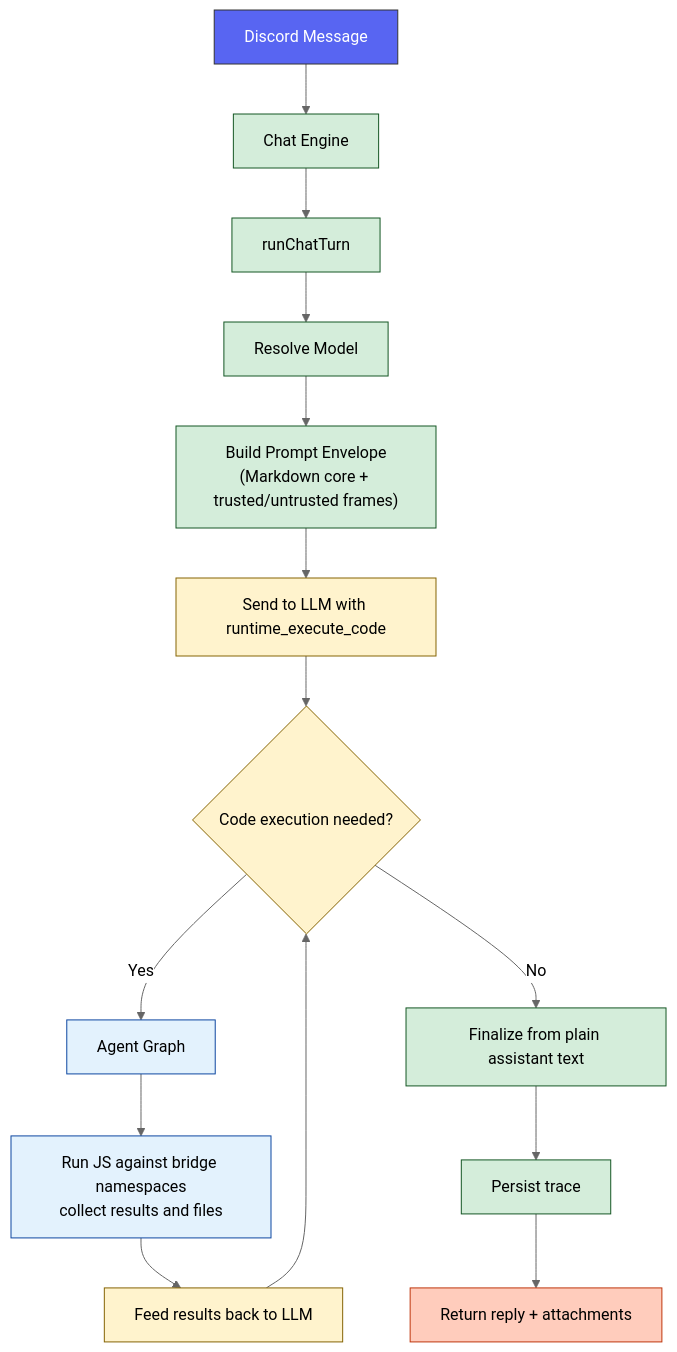
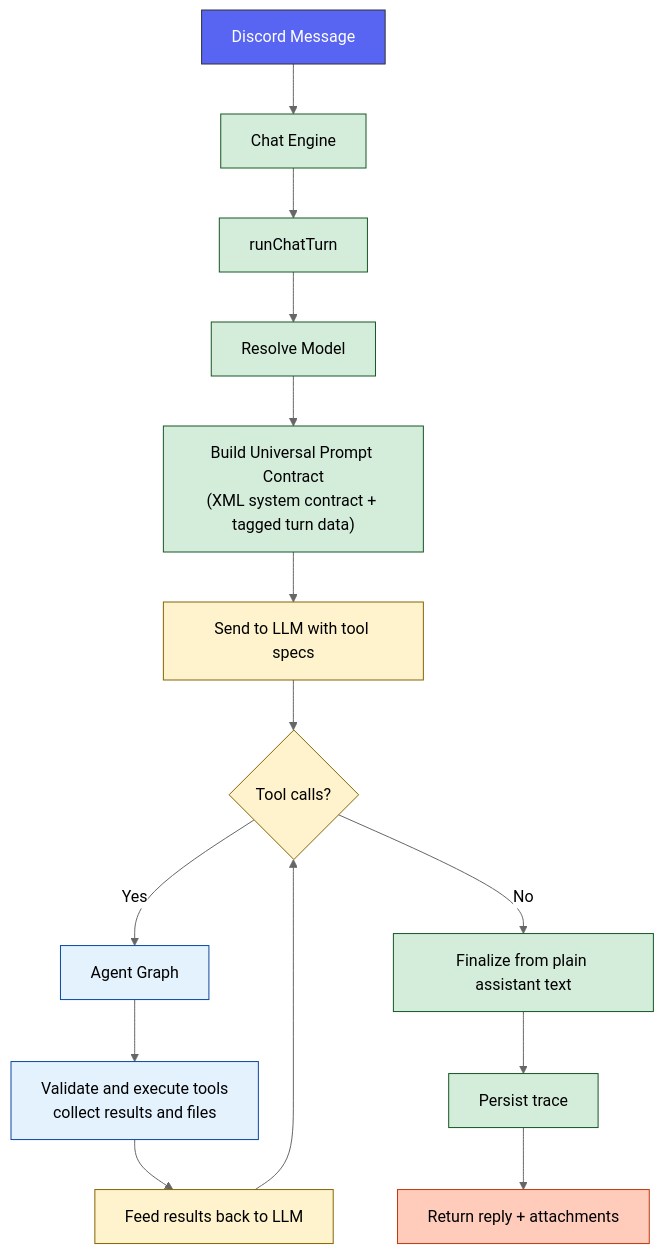
The first of 2 diagrams in docs/architecture/PIPELINE.md (BokX1/Sage), drawn with Mermaid (neutral theme) before and after one commit. The commit also changed other lines of this file and 218 other files, not shown here.

````diff
--- a/docs/architecture/PIPELINE.md
+++ b/docs/architecture/PIPELINE.md
@@ -29,24 +29,24 @@
 ```mermaid
 flowchart TD
     classDef discord fill:#5865f2,stroke:#333,color:white
     classDef runtime fill:#d4edda,stroke:#155724,color:black
     classDef llm fill:#fff3cd,stroke:#856404,color:black
     classDef tools fill:#e3f2fd,stroke:#0d47a1,color:black
     classDef output fill:#ffccbc,stroke:#bf360c,color:black
 
     A[Discord Message]:::discord --> B[Chat Engine]:::runtime
     B --> C[runChatTurn]:::runtime
     C --> D[Resolve Model]:::runtime
-    D --> E["Build Prompt Envelope<br/>(Markdown core + trusted/untrusted frames)"]:::runtime
-    E --> G[Send to LLM with runtime_execute_code]:::llm
-    G --> H{Code execution needed?}:::llm
+    D --> E["Build Universal Prompt Contract<br/>(XML system contract + tagged turn data)"]:::runtime
+    E --> G[Send to LLM with tool specs]:::llm
+    G --> H{Tool calls?}:::llm
 
     H -->|Yes| I[Agent Graph]:::tools
-    I --> J["Run JS against bridge namespaces<br/>collect results and files"]:::tools
+    I --> J["Validate and execute tools<br/>collect results and files"]:::tools
     J --> K[Feed results back to LLM]:::llm
     K --> H
 
     H -->|No| L[Finalize from plain assistant text]:::runtime
     L --> M[Persist trace]:::runtime
     M --> N[Return reply + attachments]:::output
 ```
````
